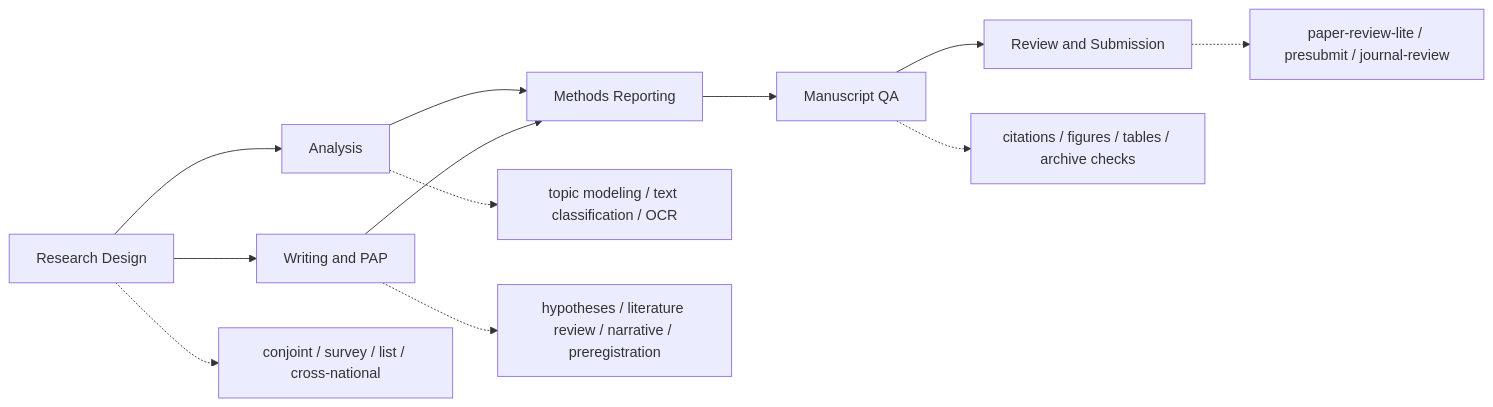
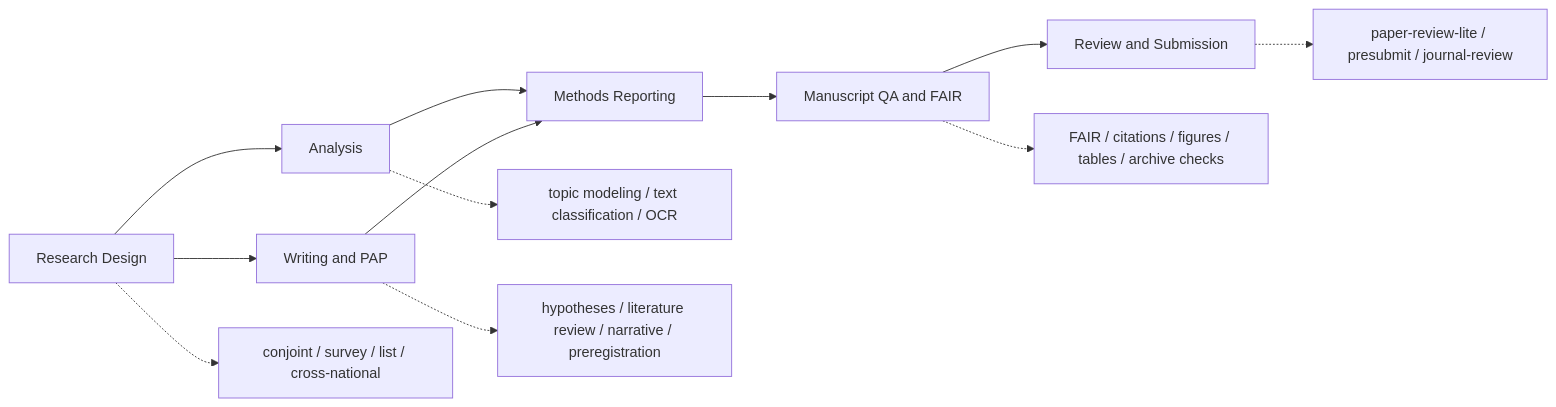
Before and after one commit to scdenney/open-science-skills: the diagram in README.md, drawn with Mermaid. The commit also changed other lines of this file and 6 other files, not shown here.

Commit message:
Add FAIR manuscript check skill

````diff
--- a/README.md
+++ b/README.md
@@ -23,15 +23,15 @@
 ```mermaid
 flowchart LR
     A[Research Design] --> B[Analysis]
     A --> C[Writing and PAP]
     B --> D[Methods Reporting]
     C --> D
-    D --> E[Manuscript QA]
+    D --> E[Manuscript QA and FAIR]
     E --> F[Review and Submission]
 
     A -.-> A1[conjoint / survey / list / cross-national]
     B -.-> B1[topic modeling / text classification / OCR]
     C -.-> C1[hypotheses / literature review / narrative / preregistration]
-    E -.-> E1[citations / figures / tables / archive checks]
+    E -.-> E1[FAIR / citations / figures / tables / archive checks]
     F -.-> F1[paper-review-lite / presubmit / journal-review]
 ```
````
